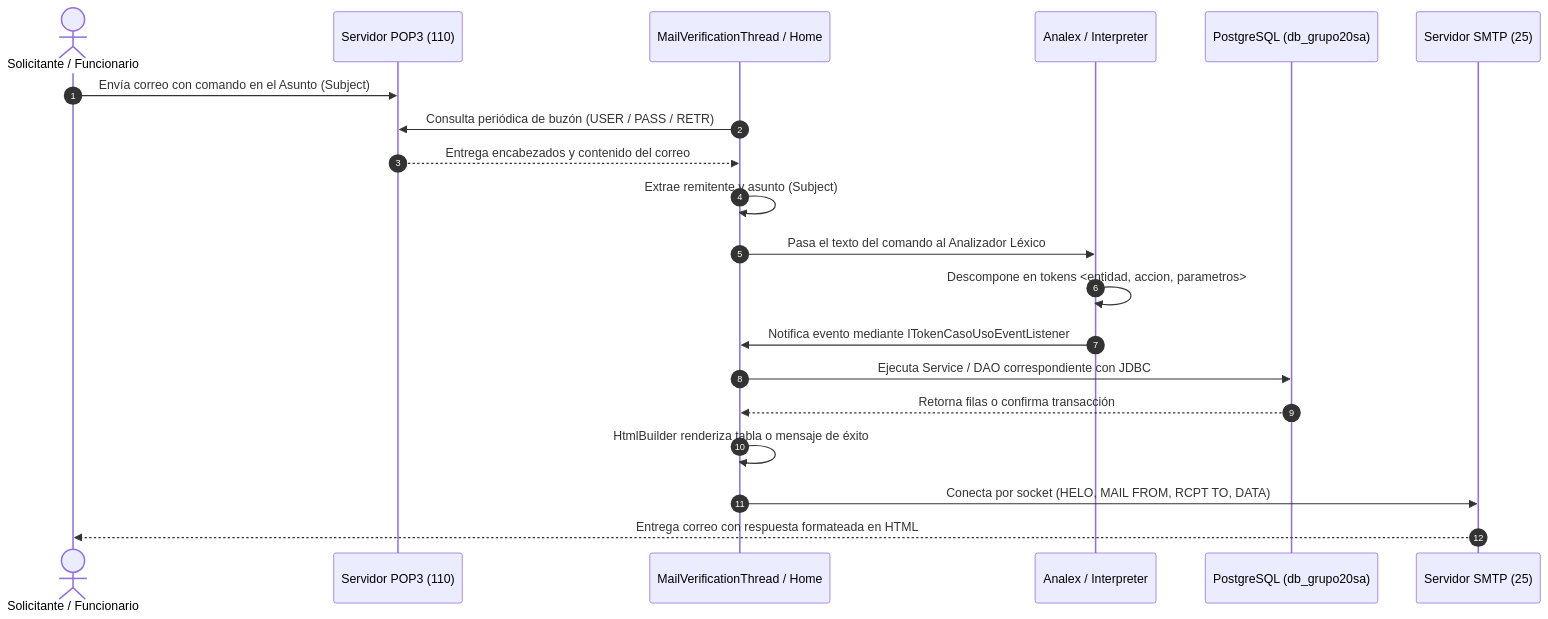
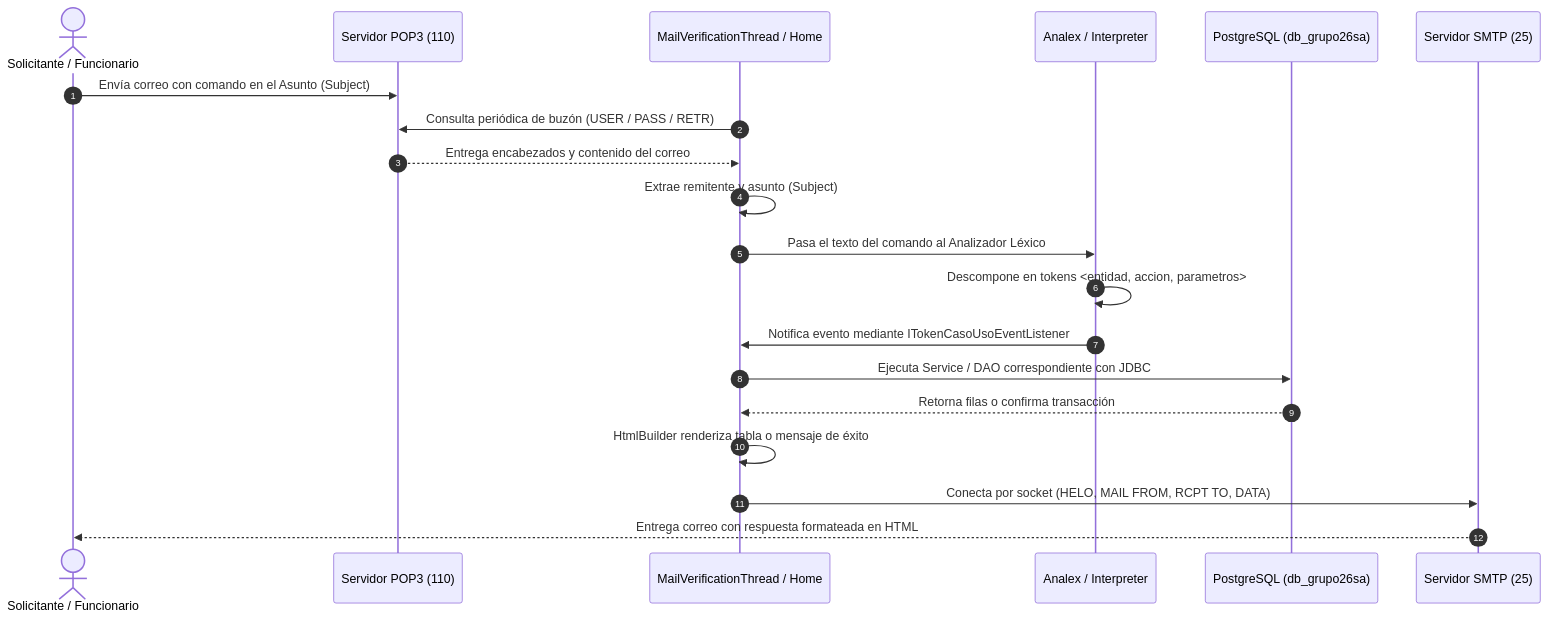
The second of 2 diagrams in Diseno_Sistema_Gestion_Tramites_Correo_Java_PostgreSQL.md (imbelfort/ProyectoFirmaDigital), drawn with Mermaid before and after one commit. The commit also changed other lines of this file and 20 other files, not shown here.

````diff
--- a/Diseno_Sistema_Gestion_Tramites_Correo_Java_PostgreSQL.md
+++ b/Diseno_Sistema_Gestion_Tramites_Correo_Java_PostgreSQL.md
@@ -55,23 +55,23 @@
 ```mermaid
 sequenceDiagram
     autonumber
     actor Usuario as Solicitante / Funcionario
     participant POP3 as Servidor POP3 (110)
     participant Core as MailVerificationThread / Home
     participant Lexer as Analex / Interpreter
-    participant DB as PostgreSQL (db_grupo20sa)
+    participant DB as PostgreSQL (db_grupo26sa)
     participant SMTP as Servidor SMTP (25)
 
     Usuario->>POP3: Envía correo con comando en el Asunto (Subject)
     Core->>POP3: Consulta periódica de buzón (USER / PASS / RETR)
     POP3-->>Core: Entrega encabezados y contenido del correo
     Core->>Core: Extrae remitente y asunto (Subject)
     Core->>Lexer: Pasa el texto del comando al Analizador Léxico
     Lexer->>Lexer: Descompone en tokens <entidad, accion, parametros>
     Lexer->>Core: Notifica evento mediante ITokenCasoUsoEventListener
     Core->>DB: Ejecuta Service / DAO correspondiente con JDBC
     DB-->>Core: Retorna filas o confirma transacción
     Core->>Core: HtmlBuilder renderiza tabla o mensaje de éxito
     Core->>SMTP: Conecta por socket (HELO, MAIL FROM, RCPT TO, DATA)
     SMTP-->>Usuario: Entrega correo con respuesta formateada en HTML
 ```
````
